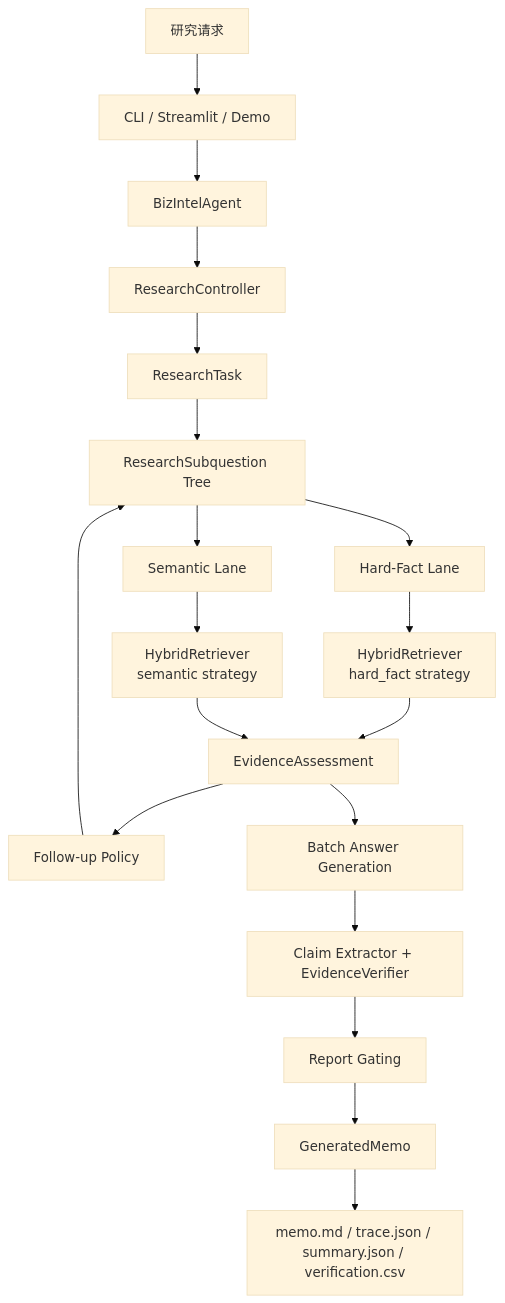
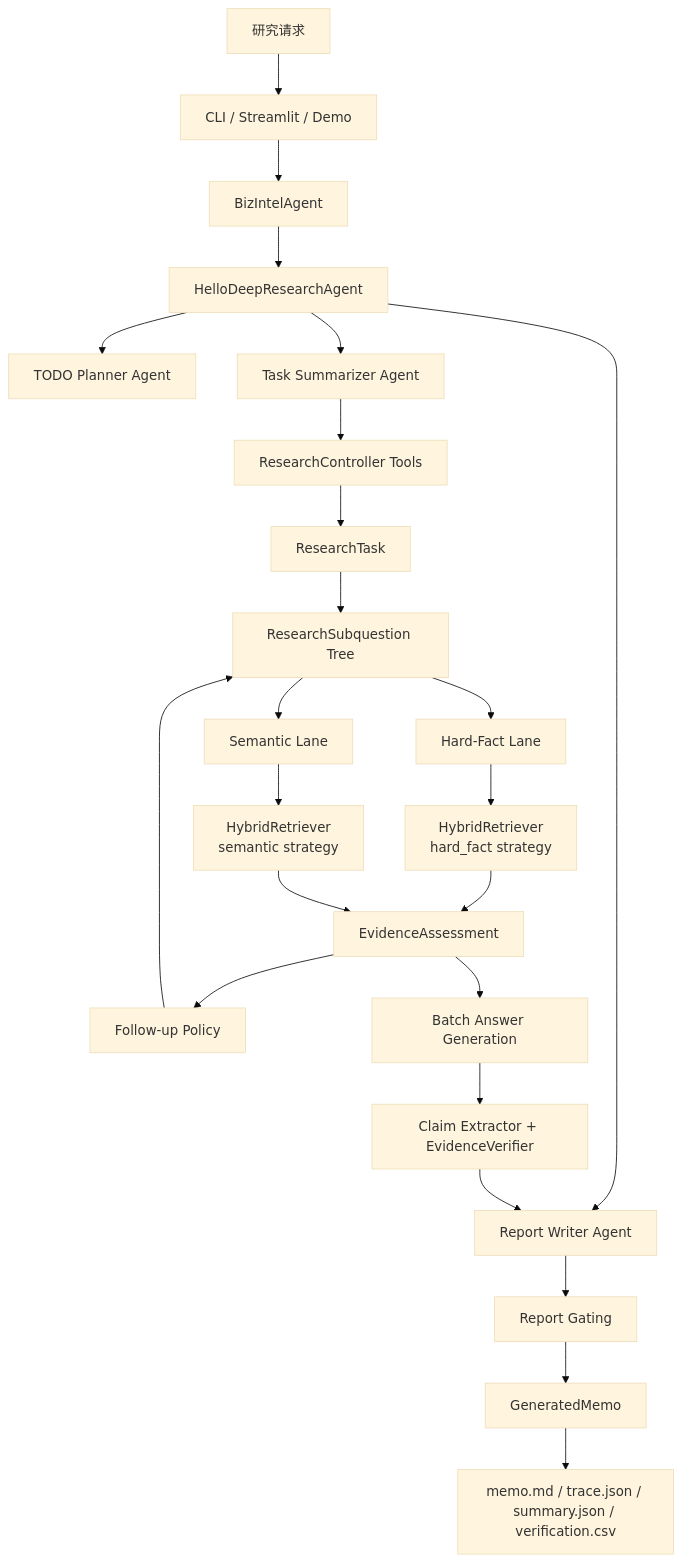
One commit to zuesjiang-cyber/bizintel-agent changed the first of 2 diagrams in docs/architecture.md. Above: the diagram before and after it, drawn with Mermaid (base theme). The commit also changed other lines of this file and 31 other files, not shown here.

Commit message:
complete deep research refactor and live benchmark hardening

````diff
--- a/docs/architecture.md
+++ b/docs/architecture.md
@@ -16,27 +16,33 @@
 ```mermaid
 flowchart TD
     User["研究请求"] --> Entry["CLI / Streamlit / Demo"]
     Entry --> Orchestrator["BizIntelAgent"]
-    Orchestrator --> Controller["ResearchController"]
+    Orchestrator --> Agent["HelloDeepResearchAgent"]
 
-    Controller --> Task["ResearchTask"]
+    Agent --> Planner["TODO Planner Agent"]
+    Agent --> Summarizer["Task Summarizer Agent"]
+    Agent --> Writer["Report Writer Agent"]
+    Summarizer --> Tools["ResearchController Tools"]
+
+    Tools --> Task["ResearchTask"]
     Task --> Tree["ResearchSubquestion Tree"]
 
     Tree --> HF["Hard-Fact Lane"]
     Tree --> SM["Semantic Lane"]
 
     HF --> RetrieverHF["HybridRetriever\nhard_fact strategy"]
     SM --> RetrieverSM["HybridRetriever\nsemantic strategy"]
 
     RetrieverHF --> Assess["EvidenceAssessment"]
     RetrieverSM --> Assess
 
     Assess --> Followup["Follow-up Policy"]
     Followup --> Tree
 
     Assess --> Answer["Batch Answer Generation"]
     Answer --> Verify["Claim Extractor + EvidenceVerifier"]
-    Verify --> Gate["Report Gating"]
+    Verify --> Writer
+    Writer --> Gate["Report Gating"]
     Gate --> Memo["GeneratedMemo"]
     Memo --> Artifacts["memo.md / trace.json / summary.json / verification.csv"]
 ```
````
